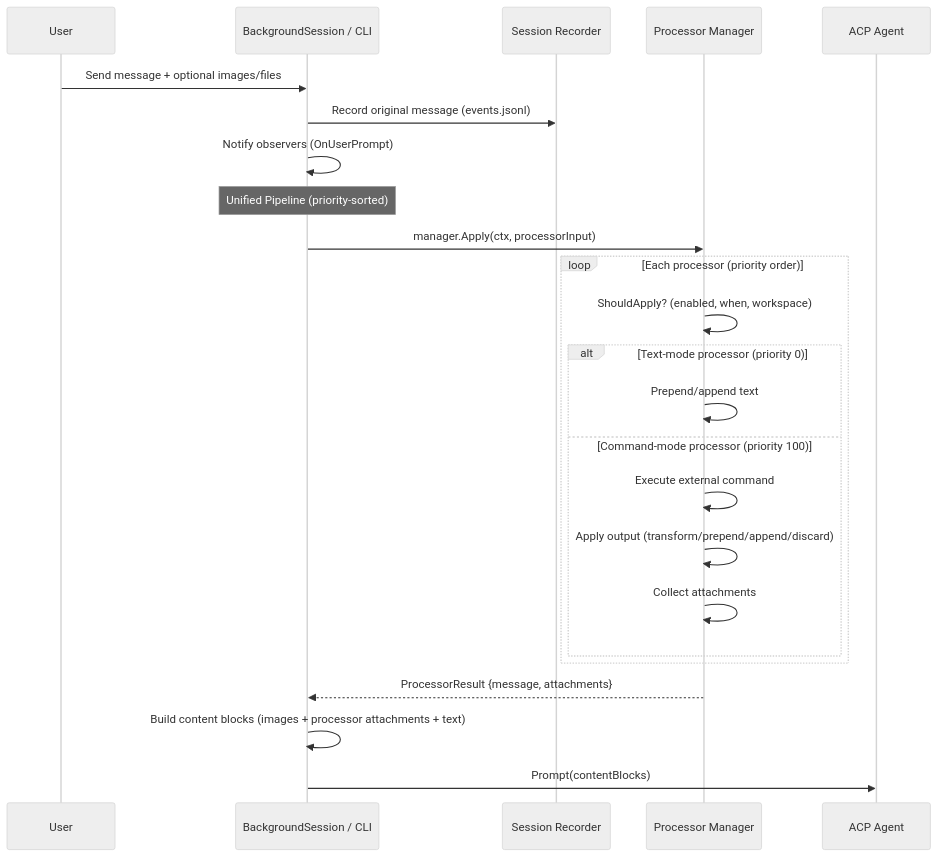
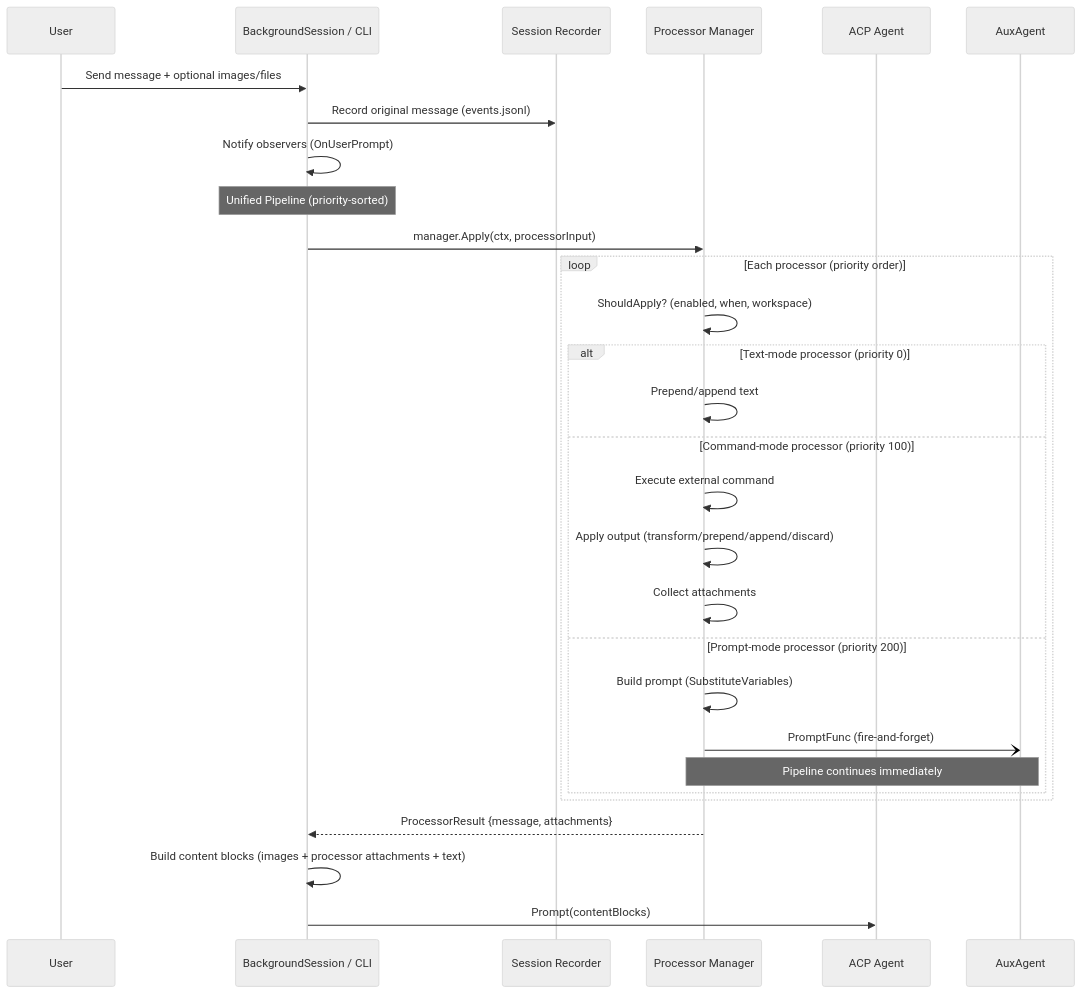
The first of 3 diagrams in docs/devel/processors.md (inercia/mitto), drawn with Mermaid (neutral theme) before and after one commit. The commit also changed other lines of this file and 365 other files, not shown here.

````diff
--- a/docs/devel/processors.md
+++ b/docs/devel/processors.md
@@ -16,30 +17,34 @@
 ```mermaid
 sequenceDiagram
     participant User
     participant Session as BackgroundSession / CLI
     participant Rec as Session Recorder
     participant ProcMgr as Processor Manager
     participant ACP as ACP Agent
 
     User->>Session: Send message + optional images/files
     Session->>Rec: Record original message (events.jsonl)
     Session->>Session: Notify observers (OnUserPrompt)
 
     Note over Session: Unified Pipeline (priority-sorted)
     Session->>ProcMgr: manager.Apply(ctx, processorInput)
 
     loop Each processor (priority order)
         ProcMgr->>ProcMgr: ShouldApply? (enabled, when, workspace)
         alt Text-mode processor (priority 0)
             ProcMgr->>ProcMgr: Prepend/append text
         else Command-mode processor (priority 100)
             ProcMgr->>ProcMgr: Execute external command
             ProcMgr->>ProcMgr: Apply output (transform/prepend/append/discard)
             ProcMgr->>ProcMgr: Collect attachments
+        else Prompt-mode processor (priority 200)
+            ProcMgr->>ProcMgr: Build prompt (SubstituteVariables)
+            ProcMgr-)AuxAgent: PromptFunc (fire-and-forget)
+            Note over ProcMgr,AuxAgent: Pipeline continues immediately
         end
     end
     ProcMgr-->>Session: ProcessorResult {message, attachments}
 
     Session->>Session: Build content blocks (images + processor attachments + text)
     Session->>ACP: Prompt(contentBlocks)
 ```
````
